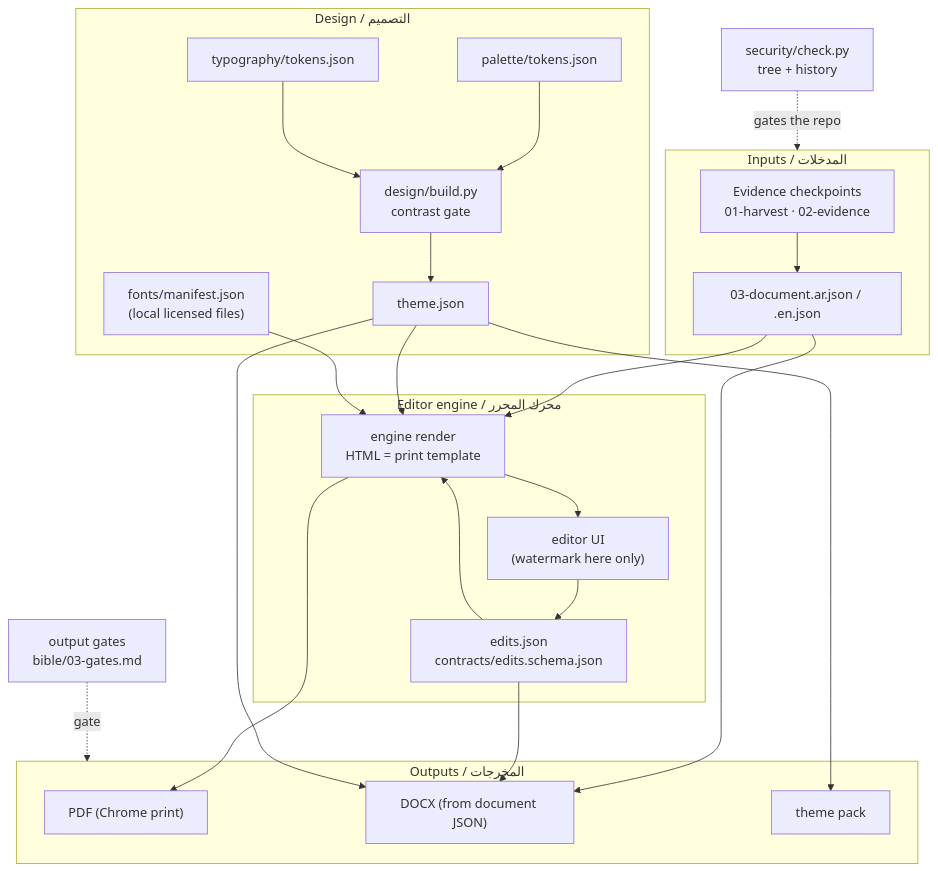
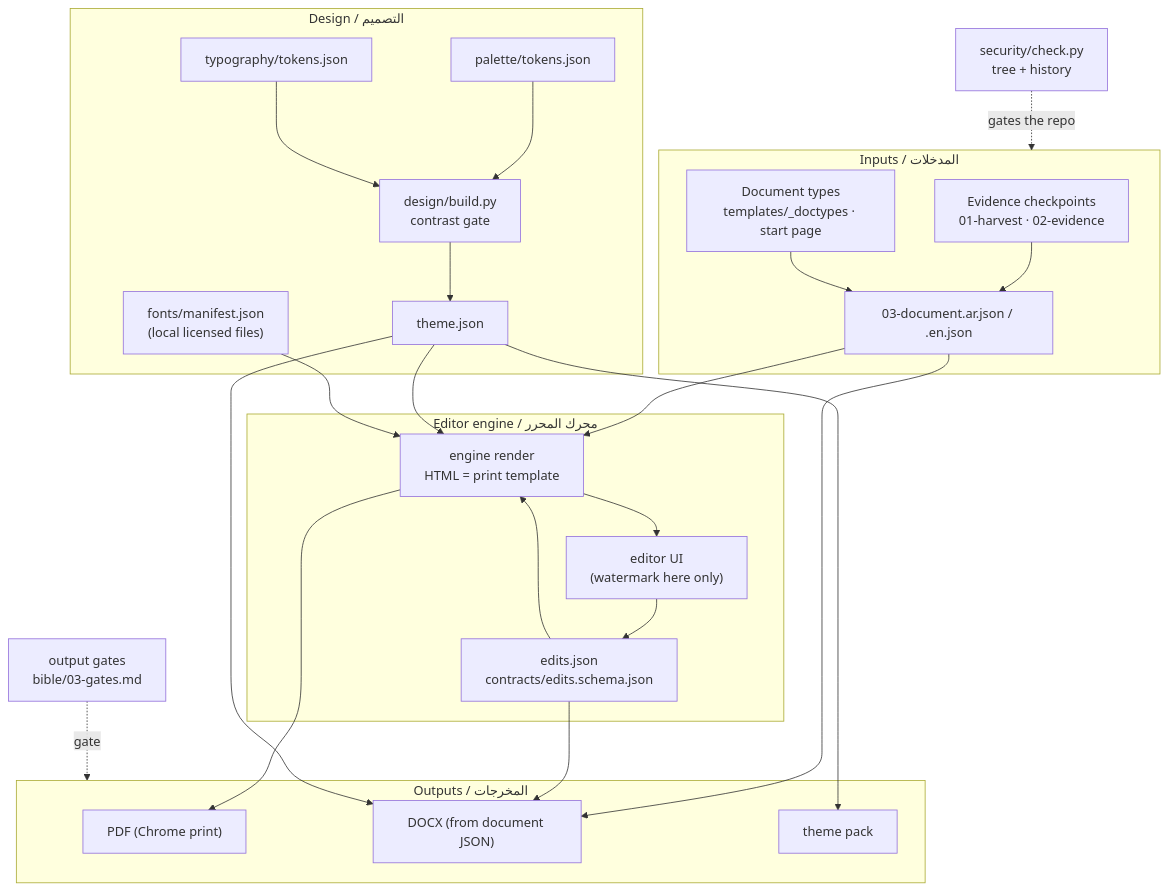
Before and after one commit to NJ-Burrito/Business-Wrap: the diagram in docs/architecture.md, drawn with Mermaid. The commit also changed other lines of this file and 139 other files, not shown here.

First line of the commit message:
Release 0.18.0: document studio, a Word-like start page and 17 designed document types in Arabic and English

````diff
--- a/docs/architecture.md
+++ b/docs/architecture.md
@@ -11,34 +11,36 @@
 ```mermaid
 flowchart TB
   subgraph Inputs["Inputs / المدخلات"]
     EV["Evidence checkpoints<br/>01-harvest · 02-evidence"]
     DOC["03-document.ar.json / .en.json"]
+    DT["Document types<br/>templates/_doctypes · start page"]
   end
   subgraph Design["Design / التصميم"]
     PAL["palette/tokens.json"] --> BUILD["design/build.py<br/>contrast gate"]
     TYP["typography/tokens.json"] --> BUILD
     FON["fonts/manifest.json<br/>(local licensed files)"]
     BUILD --> THEME["theme.json"]
   end
   subgraph Editor["Editor engine / محرك المحرر"]
     REN["engine render<br/>HTML = print template"]
     UI["editor UI<br/>(watermark here only)"]
     ED["edits.json<br/>contracts/edits.schema.json"]
   end
   subgraph Outputs["Outputs / المخرجات"]
     PDF["PDF (Chrome print)"]
     DOCX["DOCX (from document JSON)"]
     PACK["theme pack"]
   end
   EV --> DOC --> REN
+  DT --> DOC
   THEME --> REN
   FON --> REN
   REN --> UI --> ED --> REN
   REN --> PDF
   DOC --> DOCX
   ED --> DOCX
   THEME --> DOCX
   THEME --> PACK
   SEC["security/check.py<br/>tree + history"] -. gates the repo .-> Inputs
   GATES["output gates<br/>bible/03-gates.md"] -. gate .-> Outputs
 ```
````
